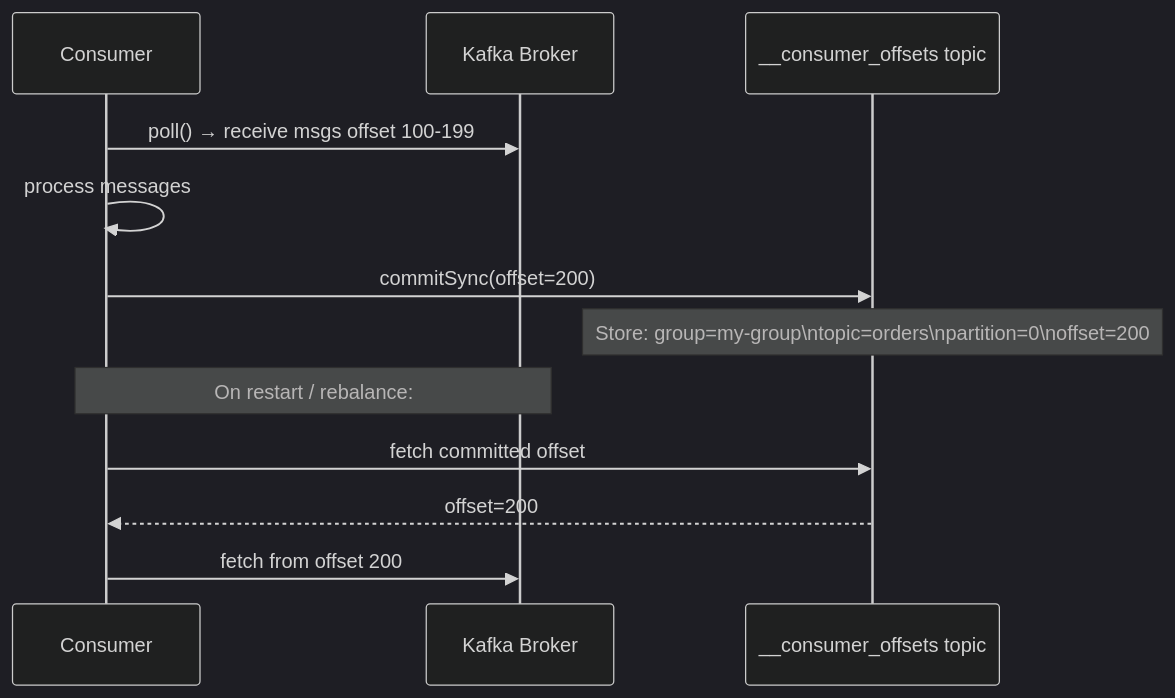
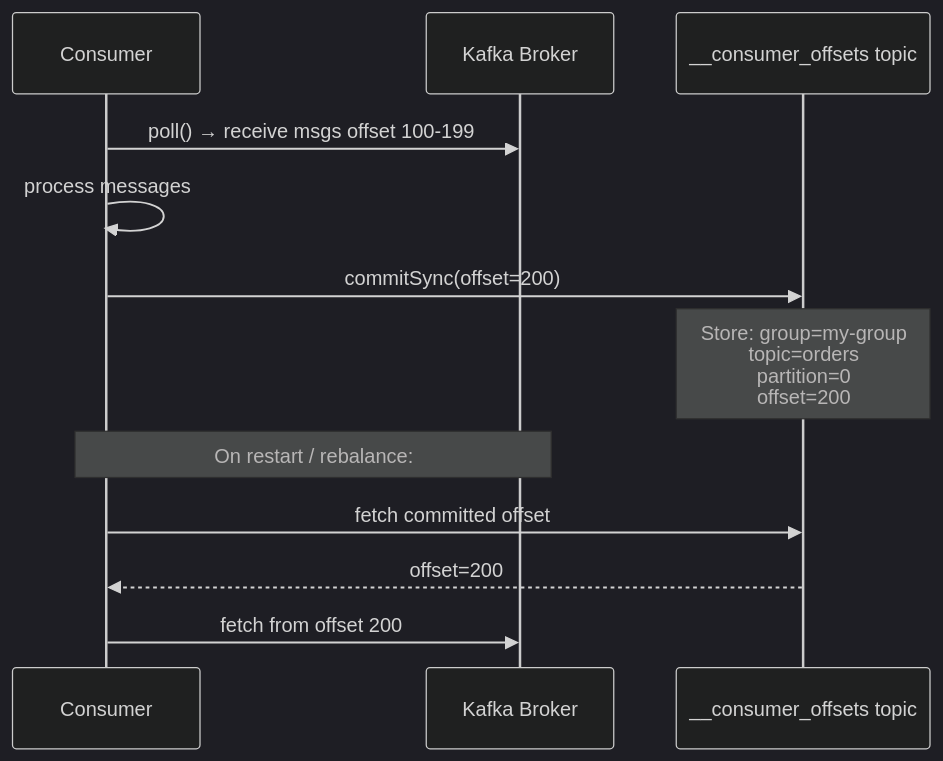
One commit to dangthobach/dangthobach.github.io changed diagram 18 of 23 in quartz/content/Microservices-Patterns/Kafka-Configuration-Deep-Dive.md. Above: the diagram before and after it, drawn with Mermaid (dark theme). The commit also changed other lines of this file and 114 other files, not shown here.

````diff
--- a/quartz/content/Microservices-Patterns/Kafka-Configuration-Deep-Dive.md
+++ b/quartz/content/Microservices-Patterns/Kafka-Configuration-Deep-Dive.md
@@ -776,16 +776,16 @@
 ```mermaid
 sequenceDiagram
     participant C as Consumer
     participant K as Kafka Broker
     participant OT as __consumer_offsets topic
 
     C->>K: poll() → receive msgs offset 100-199
     C->>C: process messages
     C->>OT: commitSync(offset=200)
-    Note over OT: Store: group=my-group\ntopic=orders\npartition=0\noffset=200
+    Note over OT: Store: group=my-group<br/>topic=orders<br/>partition=0<br/>offset=200
 
     Note over C,K: On restart / rebalance:
     C->>OT: fetch committed offset
     OT-->>C: offset=200
     C->>K: fetch from offset 200
 ```
````
